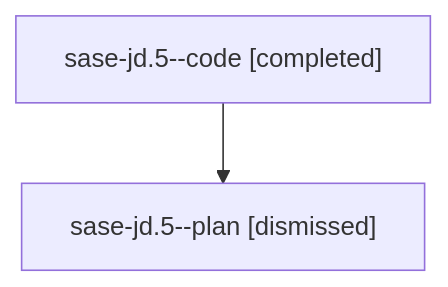
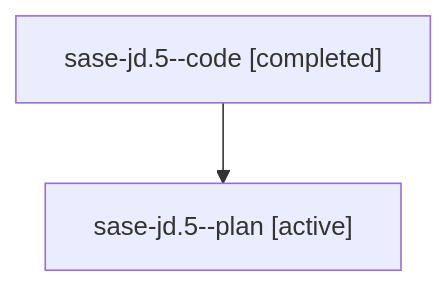
Before and after one commit to sase-org/sase--agents: the diagram in families/bbugyi200.athena.sase-jd.5.md, drawn with Mermaid. The commit also changed other lines of this file and 35830 other files, not shown here.

````diff
--- a/families/bbugyi200.athena.sase-jd.5.md
+++ b/families/bbugyi200.athena.sase-jd.5.md
@@ -9,6 +9,6 @@
 ```mermaid
 flowchart TD
   n0["sase-jd.5--code [completed]"]
-  n1["sase-jd.5--plan [dismissed]"]
+  n1["sase-jd.5--plan [active]"]
   n0 --> n1
 ```
````
